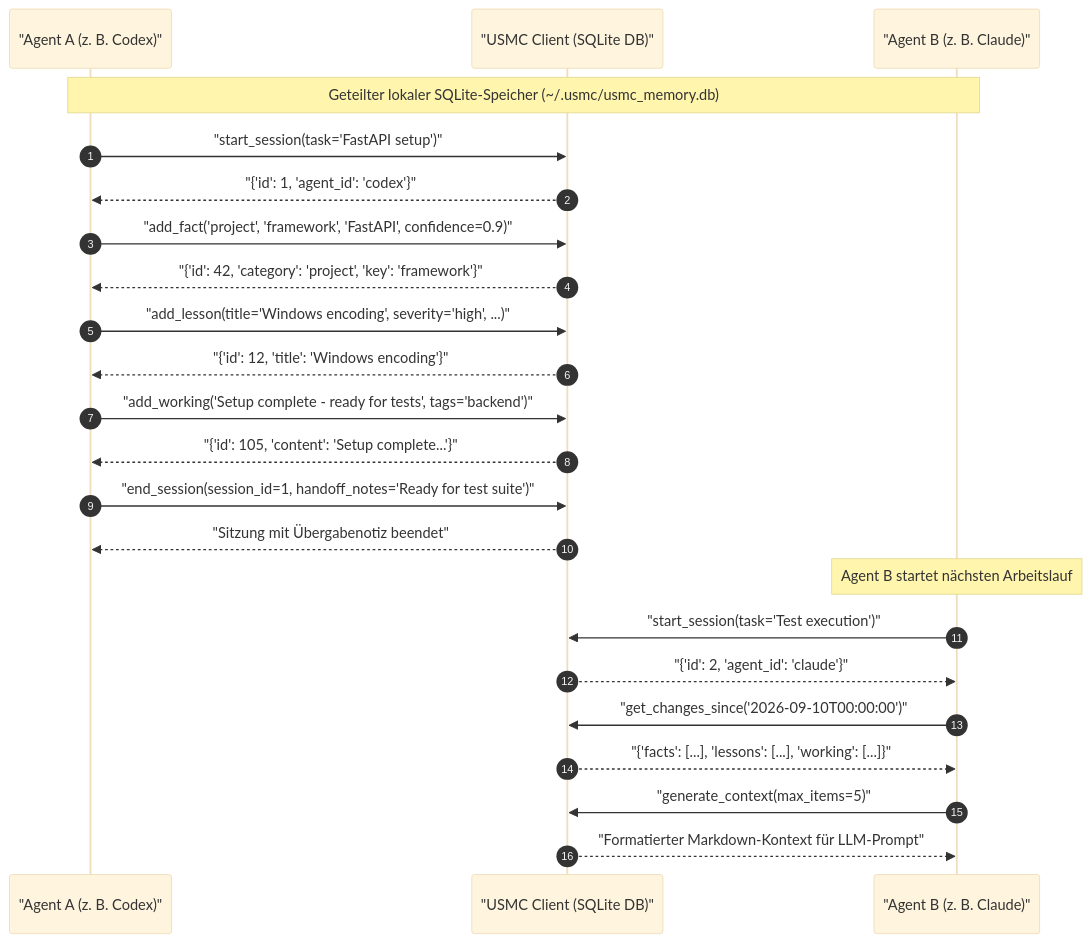
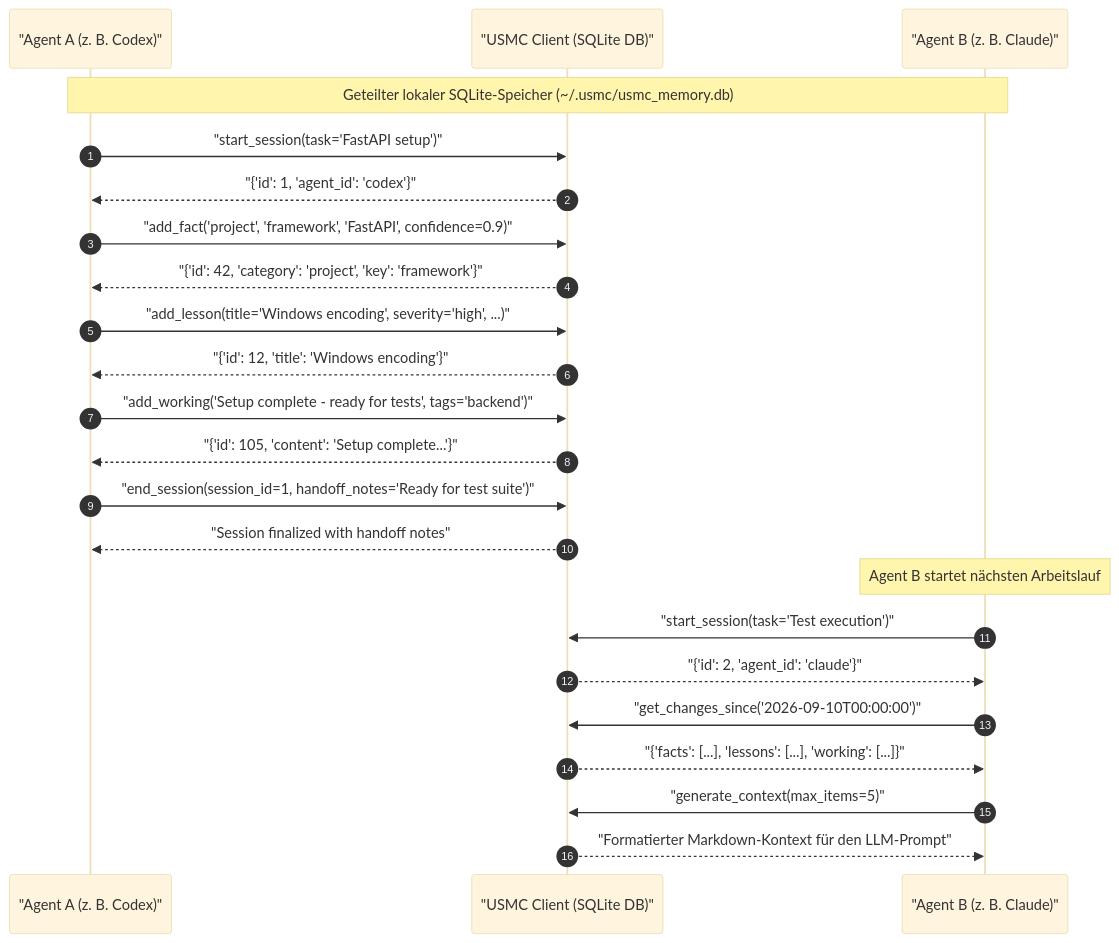
One commit to ellmos-ai/usmc changed the second of 2 diagrams in README_de.md. Above: the diagram before and after it, drawn with Mermaid (base theme). The commit also changed other lines of this file and 8 other files, not shown here.

````diff
--- a/README_de.md
+++ b/README_de.md
@@ -86,28 +133,28 @@
 ```mermaid
 sequenceDiagram
     autonumber
     participant A as "Agent A (z. B. Codex)"
     participant M as "USMC Client (SQLite DB)"
     participant B as "Agent B (z. B. Claude)"
 
     Note over A,B: Geteilter lokaler SQLite-Speicher (~/.usmc/usmc_memory.db)
 
     A->>M: "start_session(task='FastAPI setup')"
     M-->>A: "{'id': 1, 'agent_id': 'codex'}"
     A->>M: "add_fact('project', 'framework', 'FastAPI', confidence=0.9)"
     M-->>A: "{'id': 42, 'category': 'project', 'key': 'framework'}"
     A->>M: "add_lesson(title='Windows encoding', severity='high', ...)"
     M-->>A: "{'id': 12, 'title': 'Windows encoding'}"
     A->>M: "add_working('Setup complete - ready for tests', tags='backend')"
     M-->>A: "{'id': 105, 'content': 'Setup complete...'}"
     A->>M: "end_session(session_id=1, handoff_notes='Ready for test suite')"
-    M-->>A: "Sitzung mit Übergabenotiz beendet"
+    M-->>A: "Session finalized with handoff notes"
 
     Note over B: Agent B startet nächsten Arbeitslauf
     B->>M: "start_session(task='Test execution')"
     M-->>B: "{'id': 2, 'agent_id': 'claude'}"
     B->>M: "get_changes_since('2026-09-10T00:00:00')"
     M-->>B: "{'facts': [...], 'lessons': [...], 'working': [...]}"
     B->>M: "generate_context(max_items=5)"
-    M-->>B: "Formatierter Markdown-Kontext für LLM-Prompt"
+    M-->>B: "Formatierter Markdown-Kontext für den LLM-Prompt"
 ```
````
